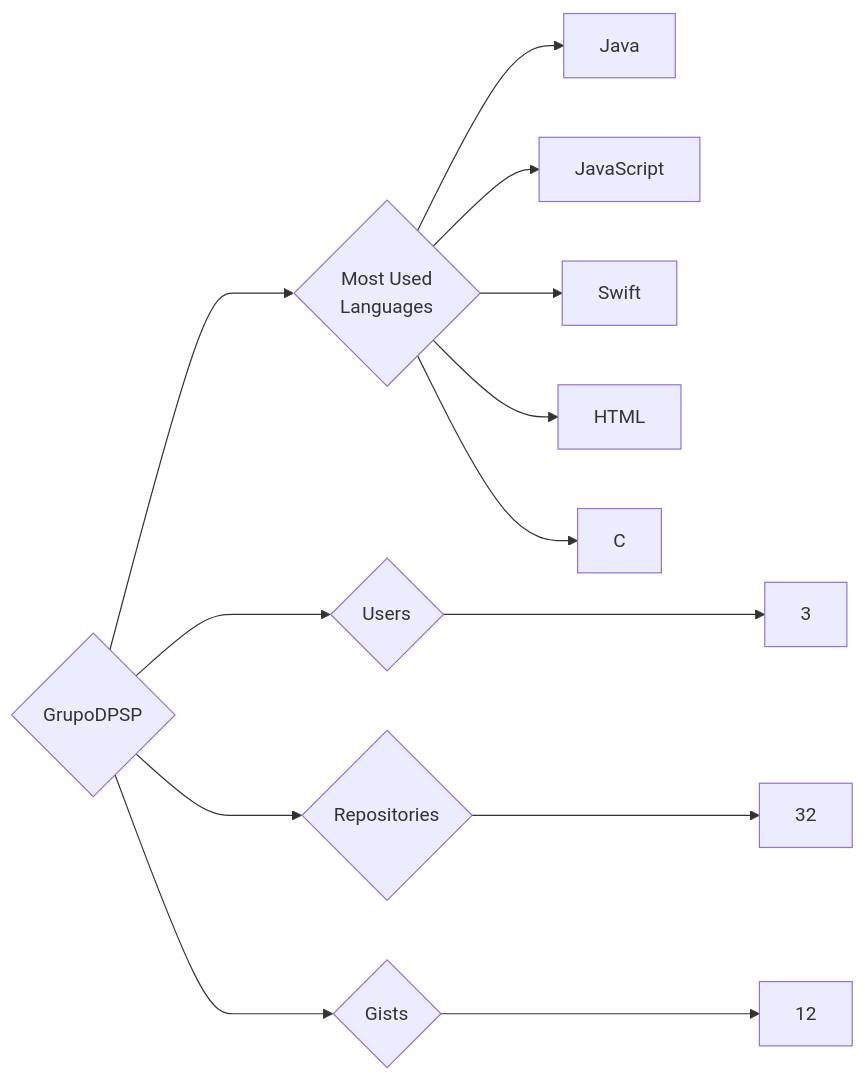
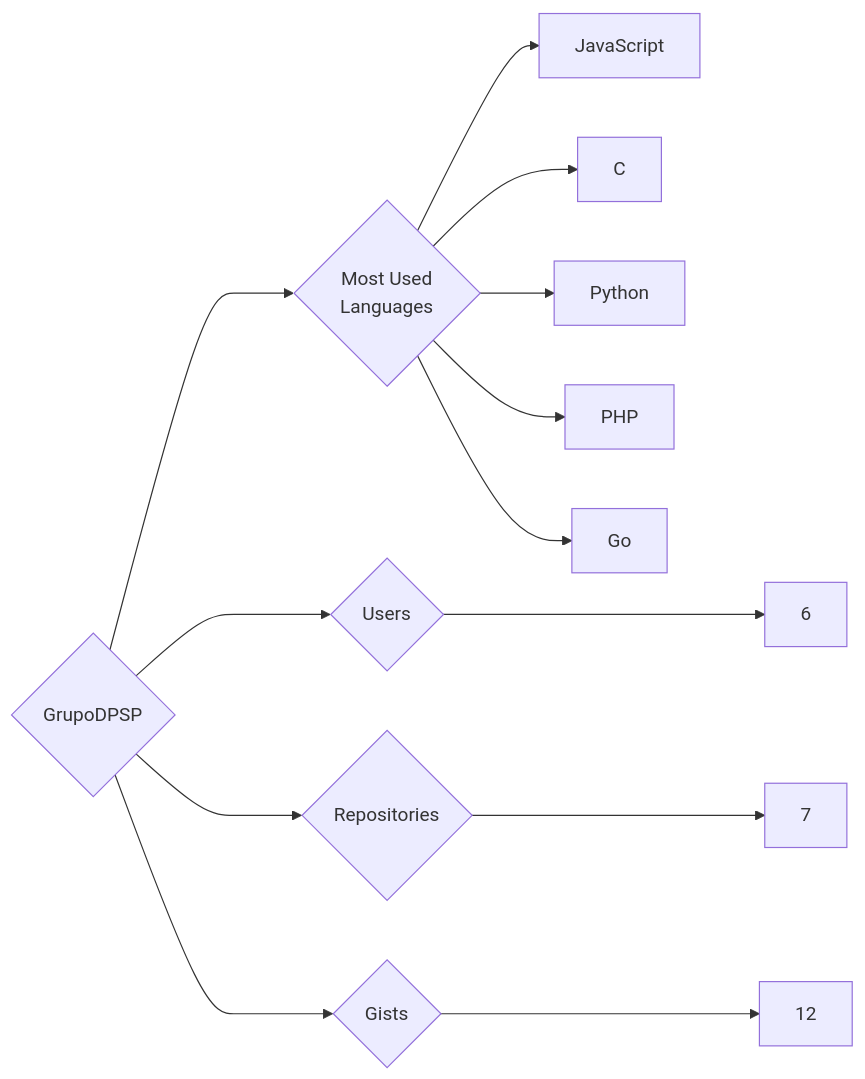
The diagram in targets/GrupoDPSP/README.md (trickest/insiders), drawn with Mermaid before and after one commit. The commit also changed 993 other files, not shown here.

````diff
--- a/targets/GrupoDPSP/README.md
+++ b/targets/GrupoDPSP/README.md
@@ -3,13 +3,13 @@
 ```mermaid
 graph LR
 COMPANY_NAME{GrupoDPSP}
-COMPANY_NAME ---> U{Users} ---> UN[3]
-COMPANY_NAME ---> R{Repositories} ---> RN[32]
+COMPANY_NAME ---> U{Users} ---> UN[6]
+COMPANY_NAME ---> R{Repositories} ---> RN[7]
 COMPANY_NAME ---> G{Gists} ---> GN[12]
 COMPANY_NAME ---> ML{Most Used<br>Languages}
-ML --> Java[Java]
 ML --> JavaScript[JavaScript]
-ML --> Swift[Swift]
-ML --> HTML[HTML]
 ML --> C[C]
+ML --> Python[Python]
+ML --> PHP[PHP]
+ML --> Go[Go]
 ```
````
